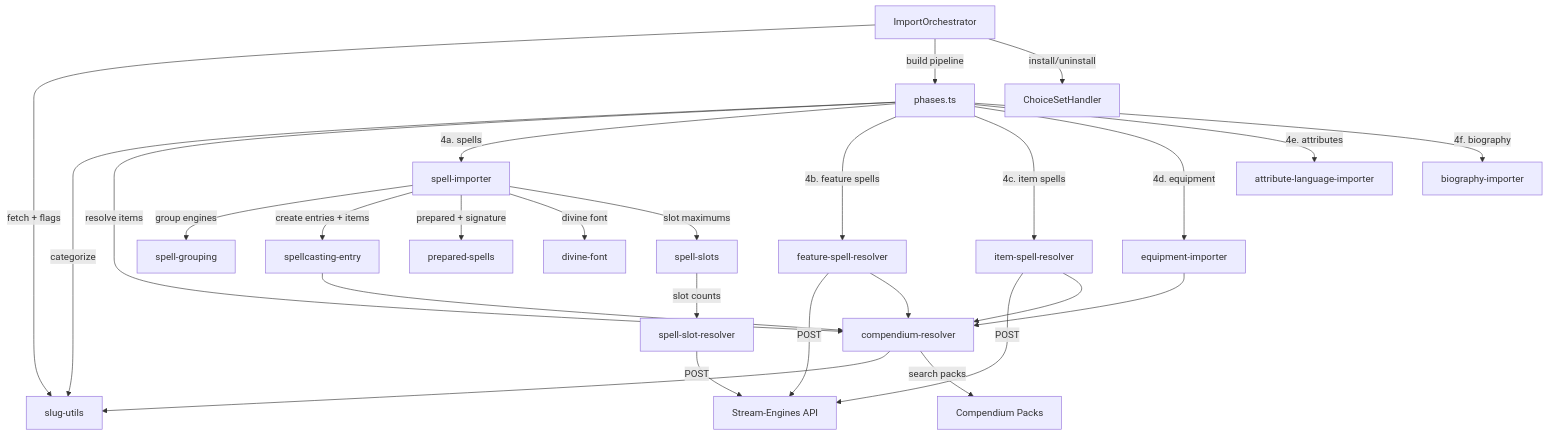
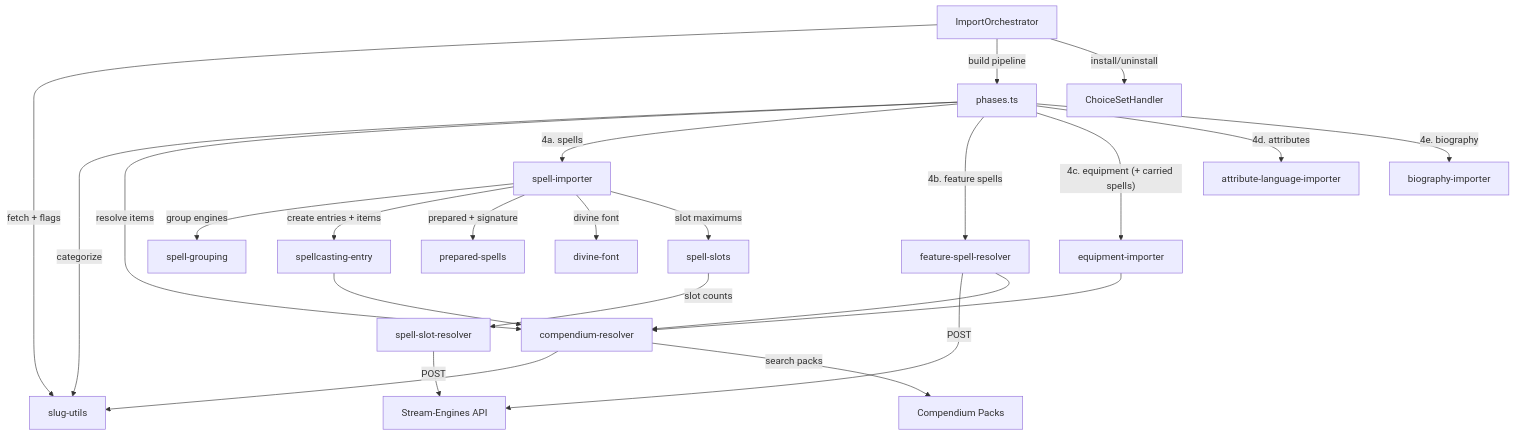
Before and after one commit to scooper4711/demiplane-pf2e: the sixth of 7 diagrams in docs/ARCHITECTURE.md, drawn with Mermaid. The commit also changed other lines of this file and 6 other files, not shown here.

````diff
--- a/docs/ARCHITECTURE.md
+++ b/docs/ARCHITECTURE.md
@@ -582,35 +575,31 @@
 ```mermaid
 graph TD
     IO[ImportOrchestrator] --> |"fetch + flags"| SU[slug-utils]
     IO --> |"build pipeline"| PH[phases.ts]
     IO --> |"install/uninstall"| CSH[ChoiceSetHandler]
 
     PH --> |"categorize"| SU
     PH --> |"resolve items"| CR[compendium-resolver]
     CR --> SU
     CR --> |"search packs"| COMP[Compendium Packs]
 
     PH --> |"4a. spells"| SI[spell-importer]
     SI --> |"group engines"| SG[spell-grouping]
     SI --> |"create entries + items"| SCE[spellcasting-entry]
     SI --> |"prepared + signature"| PS[prepared-spells]
     SI --> |"divine font"| DF[divine-font]
     SI --> |"slot maximums"| SL[spell-slots]
     SL --> |"slot counts"| SSR[spell-slot-resolver]
     SCE --> CR
     SSR --> |"POST"| SE[Stream-Engines API]
 
     PH --> |"4b. feature spells"| FSR[feature-spell-resolver]
     FSR --> |"POST"| SE
     FSR --> CR
 
-    PH --> |"4c. item spells"| ISR[item-spell-resolver]
-    ISR --> |"POST"| SE
-    ISR --> CR
-
-    PH --> |"4d. equipment"| EI[equipment-importer]
+    PH --> |"4c. equipment (+ carried spells)"| EI[equipment-importer]
     EI --> CR
 
-    PH --> |"4e. attributes"| ALI[attribute-language-importer]
-    PH --> |"4f. biography"| BI[biography-importer]
+    PH --> |"4d. attributes"| ALI[attribute-language-importer]
+    PH --> |"4e. biography"| BI[biography-importer]
 ```
````
